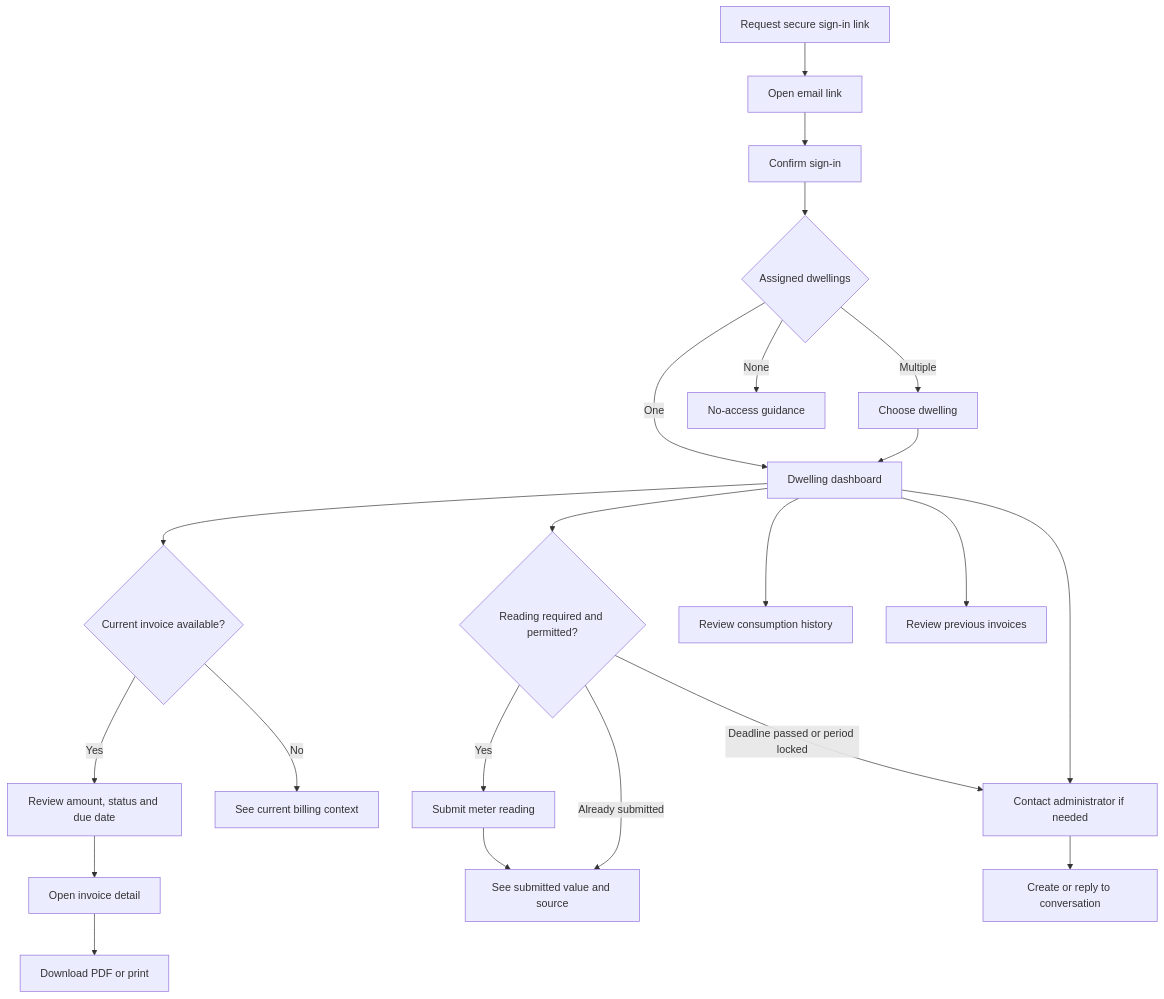
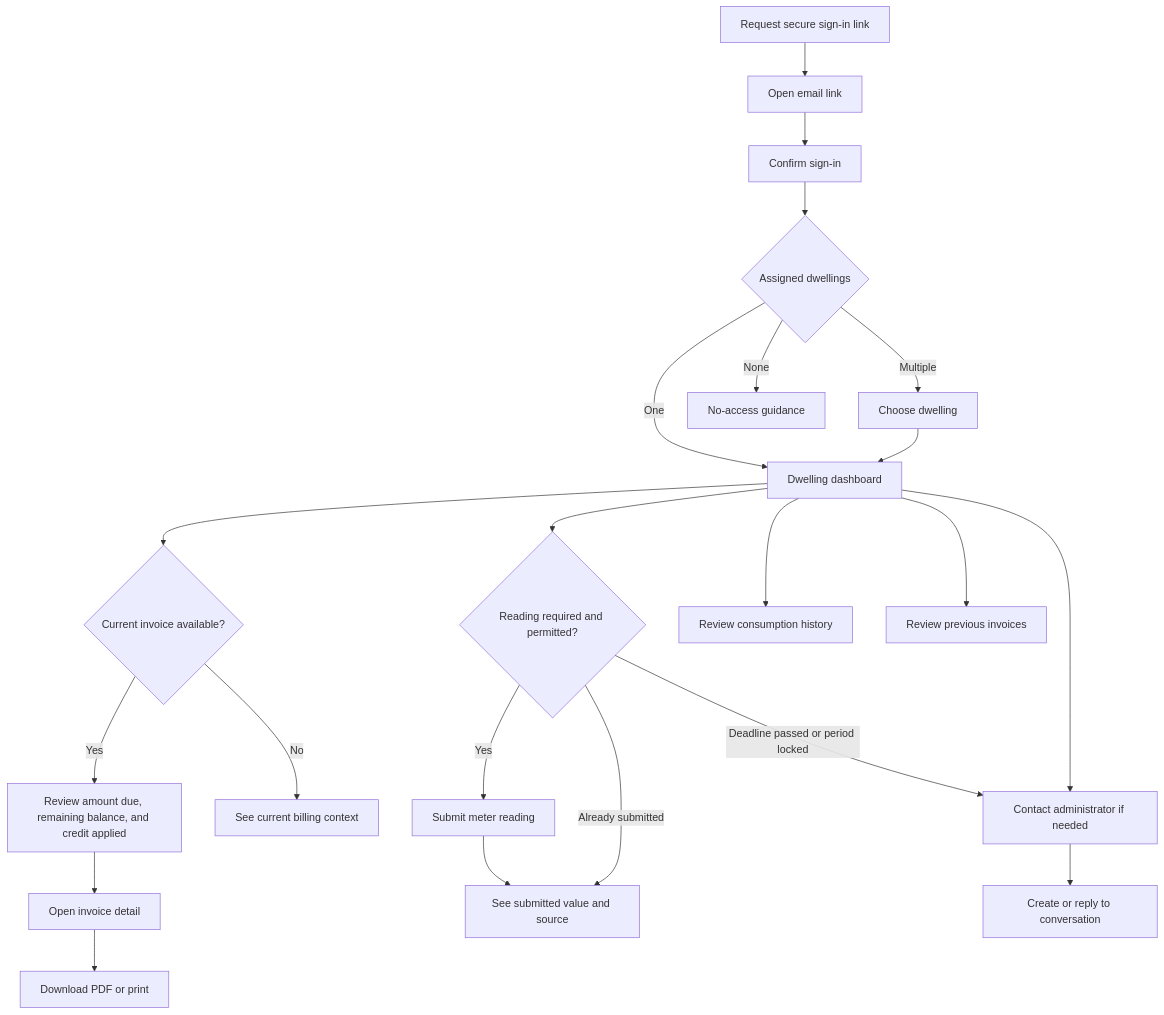
Before and after one commit to synku20777/dzik118: the second of 2 diagrams in docs/product/USER_JOURNEYS.md, drawn with Mermaid. The commit also changed other lines of this file and 6 other files, not shown here.

````diff
--- a/docs/product/USER_JOURNEYS.md
+++ b/docs/product/USER_JOURNEYS.md
@@ -81,24 +90,24 @@
 ```mermaid
 flowchart TD
   A[Request secure sign-in link] --> B[Open email link]
   B --> C[Confirm sign-in]
   C --> D{Assigned dwellings}
   D -- One --> E[Dwelling dashboard]
   D -- Multiple --> F[Choose dwelling]
   F --> E
   D -- None --> G[No-access guidance]
   E --> H{Current invoice available?}
-  H -- Yes --> I[Review amount, status and due date]
+  H -- Yes --> I[Review amount due, remaining balance, and credit applied]
   I --> J[Open invoice detail]
   J --> K[Download PDF or print]
   H -- No --> L[See current billing context]
   E --> M{Reading required and permitted?}
   M -- Yes --> N[Submit meter reading]
   N --> O[See submitted value and source]
   M -- Already submitted --> O
   M -- Deadline passed or period locked --> P[Contact administrator if needed]
   E --> Q[Review consumption history]
   E --> R[Review previous invoices]
   E --> P
   P --> S[Create or reply to conversation]
 ```
````
